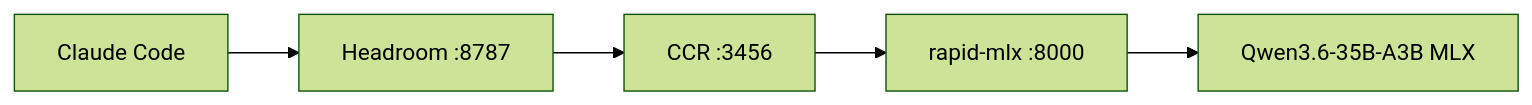
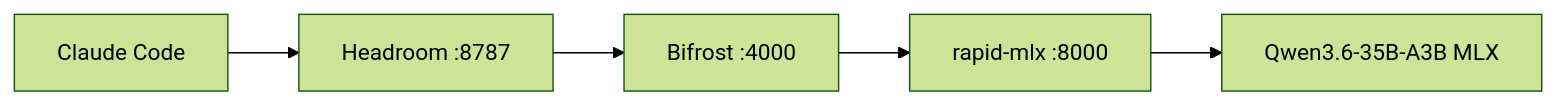
Before and after one commit to geronimo-iia/claude-local-stack: the first of 2 diagrams in README.md, drawn with Mermaid (forest theme). The commit also changed other lines of this file and 4 other files, not shown here.

````diff
--- a/README.md
+++ b/README.md
@@ -27,7 +27,7 @@
 ```mermaid
 flowchart LR
     CC[Claude Code] --> H[Headroom :8787]
-    H --> CCR[CCR :3456]
-    CCR --> R[rapid-mlx :8000]
+    H --> B[Bifrost :4000]
+    B --> R[rapid-mlx :8000]
     R --> M[Qwen3.6-35B-A3B MLX]
 ```
````
